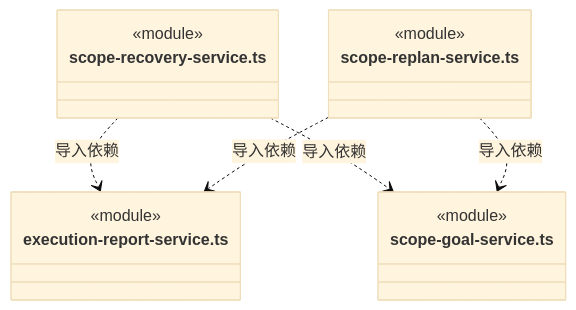
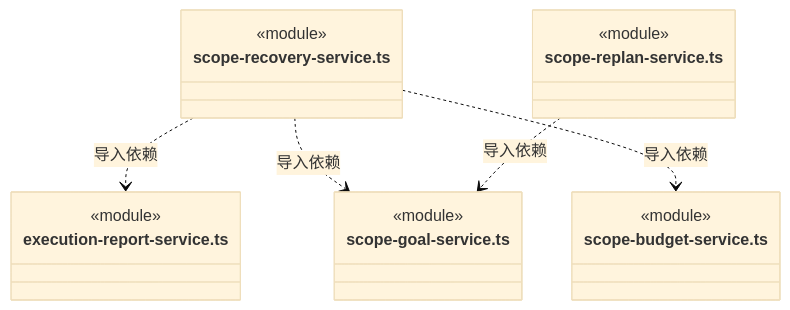
Diagram 44 of 48 in src/backend/scheduler-engine/execution/ARCHITECTURE.md (nan023062/cbim), drawn with Mermaid (base theme) before and after one commit. The commit also changed other lines of this file and 64 other files, not shown here.

````diff
--- a/src/backend/scheduler-engine/execution/ARCHITECTURE.md
+++ b/src/backend/scheduler-engine/execution/ARCHITECTURE.md
@@ -1106,19 +1196,22 @@
 ```mermaid
 classDiagram
 class N_src_backend_scheduler_engine_execution_scope_recovery_service_ts["scope-recovery-service.ts"] {
   <<module>>
 }
 class N_src_backend_scheduler_engine_execution_execution_report_service_ts["execution-report-service.ts"] {
   <<module>>
 }
 class N_src_backend_scheduler_engine_execution_scope_goal_service_ts["scope-goal-service.ts"] {
   <<module>>
 }
+class N_src_backend_scheduler_engine_execution_scope_budget_service_ts["scope-budget-service.ts"] {
+  <<module>>
+}
 class N_src_backend_scheduler_engine_execution_scope_replan_service_ts["scope-replan-service.ts"] {
   <<module>>
 }
 N_src_backend_scheduler_engine_execution_scope_recovery_service_ts ..> N_src_backend_scheduler_engine_execution_execution_report_service_ts : 导入依赖
 N_src_backend_scheduler_engine_execution_scope_recovery_service_ts ..> N_src_backend_scheduler_engine_execution_scope_goal_service_ts : 导入依赖
+N_src_backend_scheduler_engine_execution_scope_recovery_service_ts ..> N_src_backend_scheduler_engine_execution_scope_budget_service_ts : 导入依赖
 N_src_backend_scheduler_engine_execution_scope_replan_service_ts ..> N_src_backend_scheduler_engine_execution_scope_goal_service_ts : 导入依赖
-N_src_backend_scheduler_engine_execution_scope_replan_service_ts ..> N_src_backend_scheduler_engine_execution_execution_report_service_ts : 导入依赖
 ```
````
